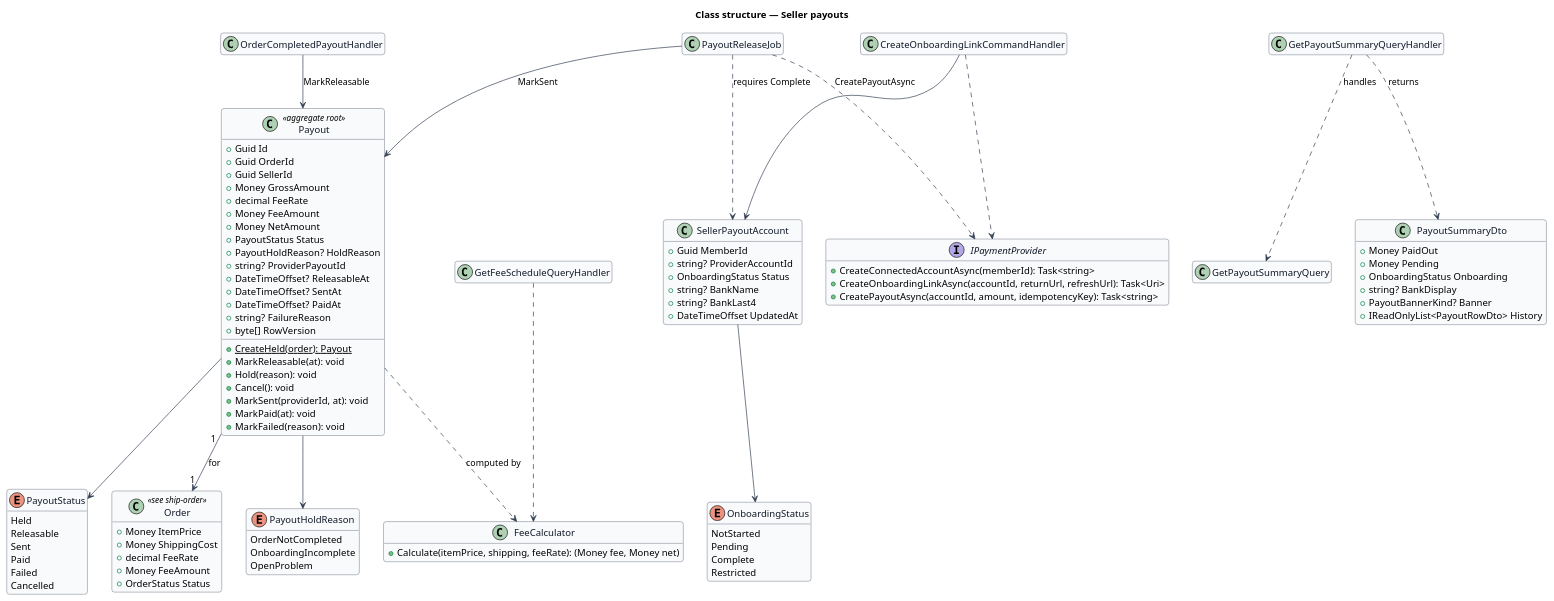
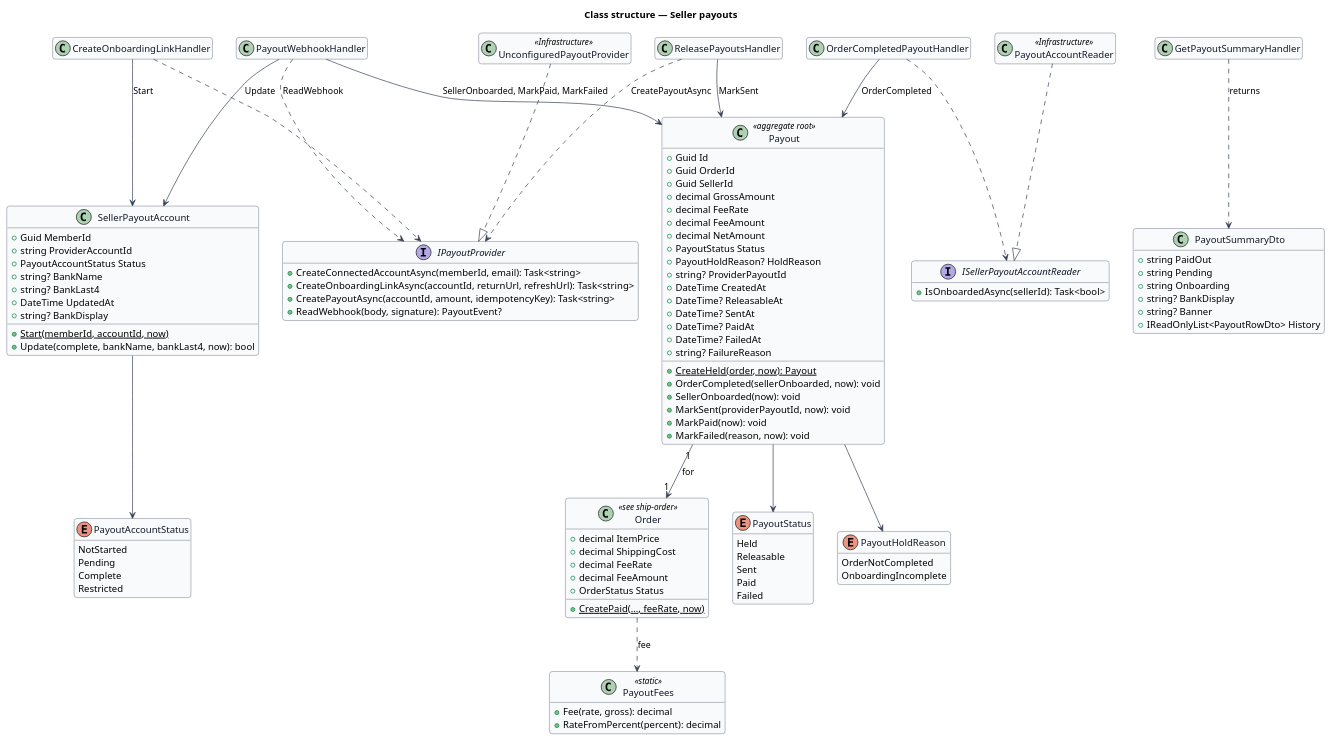
One commit to QuinntyneBrown/12l changed the diagram in docs/detailed-designs/orders/seller-payouts/diagrams/class-structure.puml. Above: the diagram before and after it, drawn with PlantUML. The commit also changed 64 other files, not shown here.

Commit message:
Document seller-payouts: design, ADR orders/0005, L2-031, Stat and Alert, composition, estimates

```diff
--- a/docs/detailed-designs/orders/seller-payouts/diagrams/class-structure.puml
+++ b/docs/detailed-designs/orders/seller-payouts/diagrams/class-structure.puml
@@ -1,109 +1,120 @@
 @startuml
 skinparam backgroundColor #FFFFFF
 skinparam shadowing false
 skinparam roundcorner 8
 skinparam defaultFontName Arial
 skinparam ArrowColor #344054
 skinparam class {
   BorderColor #344054
   FontColor #101828
   BackgroundColor #F9FAFB
 }
 hide empty members
 title Class structure — Seller payouts
 
 enum PayoutStatus {
   Held
   Releasable
   Sent
   Paid
   Failed
-  Cancelled
 }
 enum PayoutHoldReason {
   OrderNotCompleted
   OnboardingIncomplete
-  OpenProblem
 }
-enum OnboardingStatus {
+enum PayoutAccountStatus {
   NotStarted
   Pending
   Complete
   Restricted
 }
 class Payout <<aggregate root>> {
   +Guid Id
   +Guid OrderId
   +Guid SellerId
-  +Money GrossAmount
+  +decimal GrossAmount
   +decimal FeeRate
-  +Money FeeAmount
-  +Money NetAmount
+  +decimal FeeAmount
+  +decimal NetAmount
   +PayoutStatus Status
   +PayoutHoldReason? HoldReason
   +string? ProviderPayoutId
-  +DateTimeOffset? ReleasableAt
-  +DateTimeOffset? SentAt
-  +DateTimeOffset? PaidAt
+  +DateTime CreatedAt
+  +DateTime? ReleasableAt
+  +DateTime? SentAt
+  +DateTime? PaidAt
+  +DateTime? FailedAt
   +string? FailureReason
-  +byte[] RowVersion
-  +{static} CreateHeld(order): Payout
-  +MarkReleasable(at): void
-  +Hold(reason): void
-  +Cancel(): void
-  +MarkSent(providerId, at): void
-  +MarkPaid(at): void
-  +MarkFailed(reason): void
+  +{static} CreateHeld(order, now): Payout
+  +OrderCompleted(sellerOnboarded, now): void
+  +SellerOnboarded(now): void
+  +MarkSent(providerPayoutId, now): void
+  +MarkPaid(now): void
+  +MarkFailed(reason, now): void
 }
 class SellerPayoutAccount {
   +Guid MemberId
-  +string? ProviderAccountId
-  +OnboardingStatus Status
+  +string ProviderAccountId
+  +PayoutAccountStatus Status
   +string? BankName
   +string? BankLast4
-  +DateTimeOffset UpdatedAt
+  +DateTime UpdatedAt
+  +string? BankDisplay
+  +{static} Start(memberId, accountId, now)
+  +Update(complete, bankName, bankLast4, now): bool
 }
-class FeeCalculator {
-  +Calculate(itemPrice, shipping, feeRate): (Money fee, Money net)
+class PayoutFees <<static>> {
+  +Fee(rate, gross): decimal
+  +RateFromPercent(percent): decimal
 }
 class Order <<see ship-order>> {
-  +Money ItemPrice
-  +Money ShippingCost
+  +decimal ItemPrice
+  +decimal ShippingCost
   +decimal FeeRate
-  +Money FeeAmount
+  +decimal FeeAmount
   +OrderStatus Status
+  +{static} CreatePaid(..., feeRate, now)
 }
-interface IPaymentProvider {
-  +CreateConnectedAccountAsync(memberId): Task<string>
-  +CreateOnboardingLinkAsync(accountId, returnUrl, refreshUrl): Task<Uri>
+interface IPayoutProvider {
+  +CreateConnectedAccountAsync(memberId, email): Task<string>
+  +CreateOnboardingLinkAsync(accountId, returnUrl, refreshUrl): Task<string>
   +CreatePayoutAsync(accountId, amount, idempotencyKey): Task<string>
+  +ReadWebhook(body, signature): PayoutEvent?
 }
-class GetPayoutSummaryQuery
-class GetPayoutSummaryQueryHandler
+interface ISellerPayoutAccountReader {
+  +IsOnboardedAsync(sellerId): Task<bool>
+}
 class PayoutSummaryDto {
-  +Money PaidOut
-  +Money Pending
-  +OnboardingStatus Onboarding
+  +string PaidOut
+  +string Pending
+  +string Onboarding
   +string? BankDisplay
-  +PayoutBannerKind? Banner
+  +string? Banner
   +IReadOnlyList<PayoutRowDto> History
 }
-class CreateOnboardingLinkCommandHandler
-class GetFeeScheduleQueryHandler
+class GetPayoutSummaryHandler
+class CreateOnboardingLinkHandler
+class PayoutWebhookHandler
 class OrderCompletedPayoutHandler
-class PayoutReleaseJob
+class ReleasePayoutsHandler
+class PayoutAccountReader <<Infrastructure>>
+class UnconfiguredPayoutProvider <<Infrastructure>>
 Payout --> PayoutStatus
 Payout --> PayoutHoldReason
 Payout "1" --> "1" Order : for
-SellerPayoutAccount --> OnboardingStatus
-Payout ..> FeeCalculator : computed by
-GetPayoutSummaryQueryHandler ..> GetPayoutSummaryQuery : handles
-GetPayoutSummaryQueryHandler ..> PayoutSummaryDto : returns
-CreateOnboardingLinkCommandHandler ..> IPaymentProvider
-CreateOnboardingLinkCommandHandler --> SellerPayoutAccount
-OrderCompletedPayoutHandler --> Payout : MarkReleasable
-PayoutReleaseJob --> Payout : MarkSent
-PayoutReleaseJob ..> SellerPayoutAccount : requires Complete
-PayoutReleaseJob ..> IPaymentProvider : CreatePayoutAsync
-GetFeeScheduleQueryHandler ..> FeeCalculator
+SellerPayoutAccount --> PayoutAccountStatus
+Order ..> PayoutFees : fee
+GetPayoutSummaryHandler ..> PayoutSummaryDto : returns
+CreateOnboardingLinkHandler ..> IPayoutProvider
+CreateOnboardingLinkHandler --> SellerPayoutAccount : Start
+PayoutWebhookHandler ..> IPayoutProvider : ReadWebhook
+PayoutWebhookHandler --> SellerPayoutAccount : Update
+PayoutWebhookHandler --> Payout : SellerOnboarded, MarkPaid, MarkFailed
+OrderCompletedPayoutHandler --> Payout : OrderCompleted
+OrderCompletedPayoutHandler ..> ISellerPayoutAccountReader
+ReleasePayoutsHandler --> Payout : MarkSent
+ReleasePayoutsHandler ..> IPayoutProvider : CreatePayoutAsync
+PayoutAccountReader ..|> ISellerPayoutAccountReader
+UnconfiguredPayoutProvider ..|> IPayoutProvider
 @enduml
```
